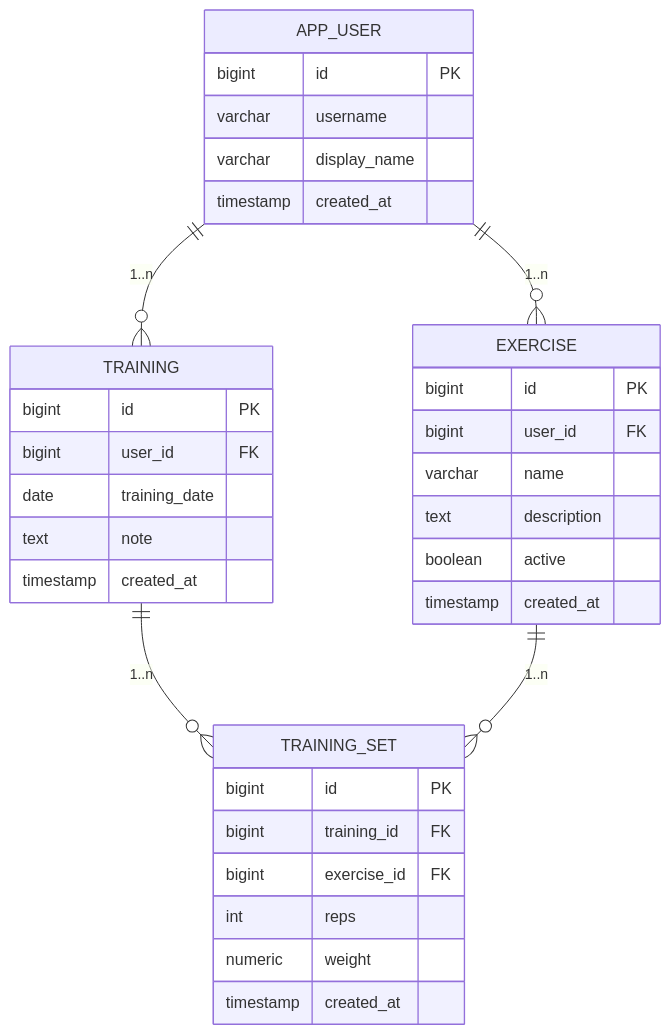
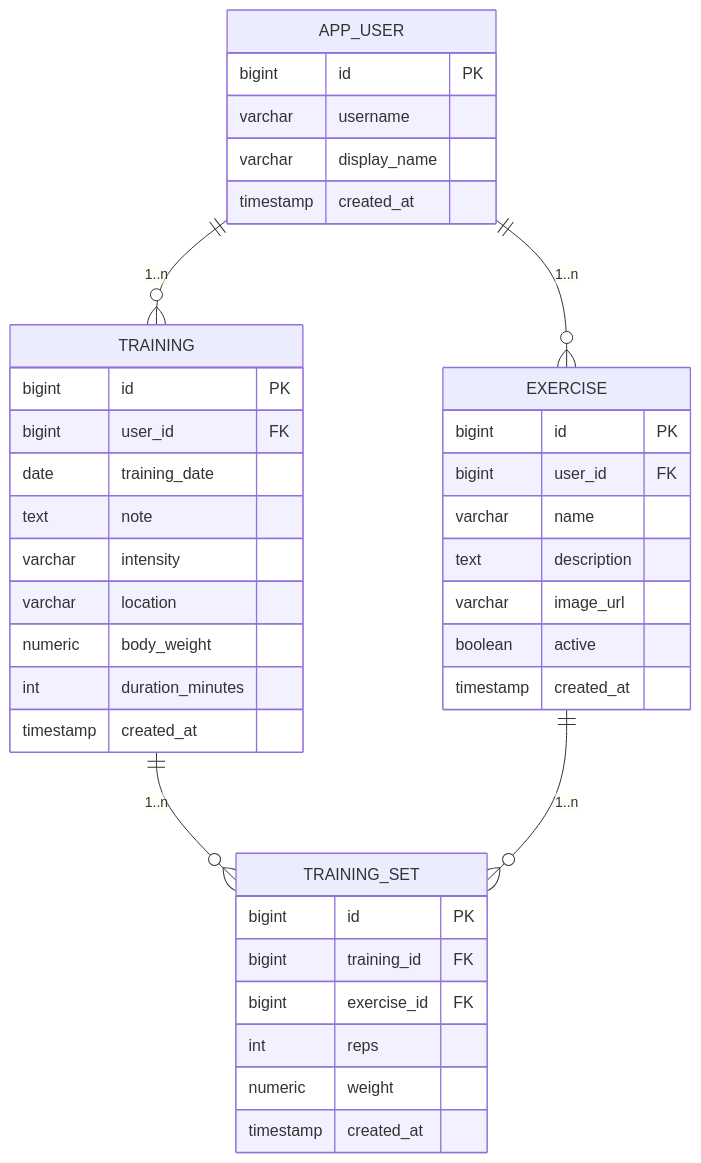
The first of 2 diagrams in README.md (slawomirdev/gymtracker), drawn with Mermaid before and after one commit. The commit also changed other lines of this file and 24 other files, not shown here.

````diff
--- a/README.md
+++ b/README.md
@@ -97,36 +97,41 @@
 ```mermaid
 erDiagram
     APP_USER {
         bigint id PK
         varchar username
         varchar display_name
         timestamp created_at
     }
     EXERCISE {
         bigint id PK
         bigint user_id FK
         varchar name
         text description
+        varchar image_url
         boolean active
         timestamp created_at
     }
     TRAINING {
         bigint id PK
         bigint user_id FK
         date training_date
         text note
+        varchar intensity
+        varchar location
+        numeric body_weight
+        int duration_minutes
         timestamp created_at
     }
     TRAINING_SET {
         bigint id PK
         bigint training_id FK
         bigint exercise_id FK
         int reps
         numeric weight
         timestamp created_at
     }
     APP_USER ||--o{ EXERCISE : "1..n"
     APP_USER ||--o{ TRAINING : "1..n"
     TRAINING ||--o{ TRAINING_SET : "1..n"
     EXERCISE ||--o{ TRAINING_SET : "1..n"
 ```
````
